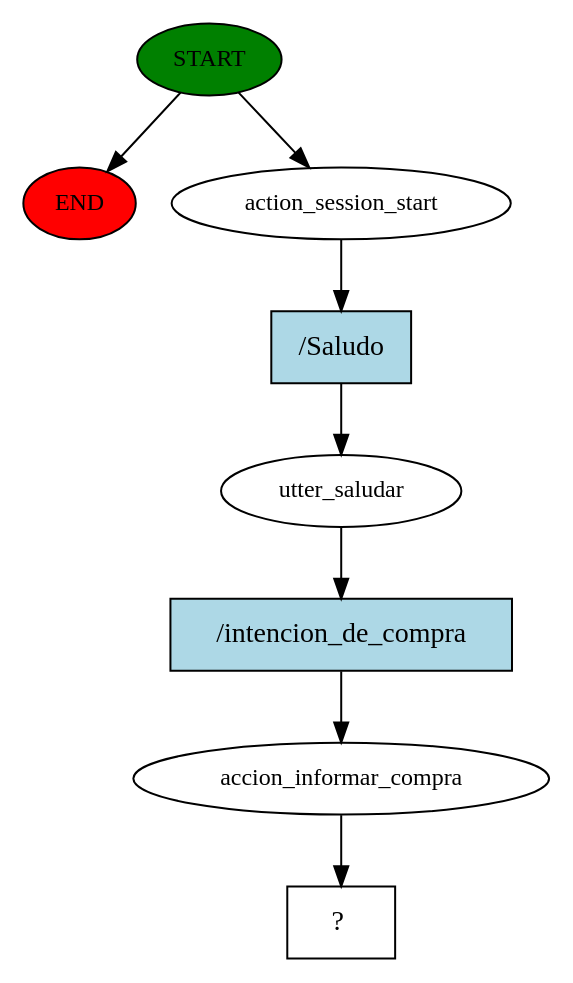
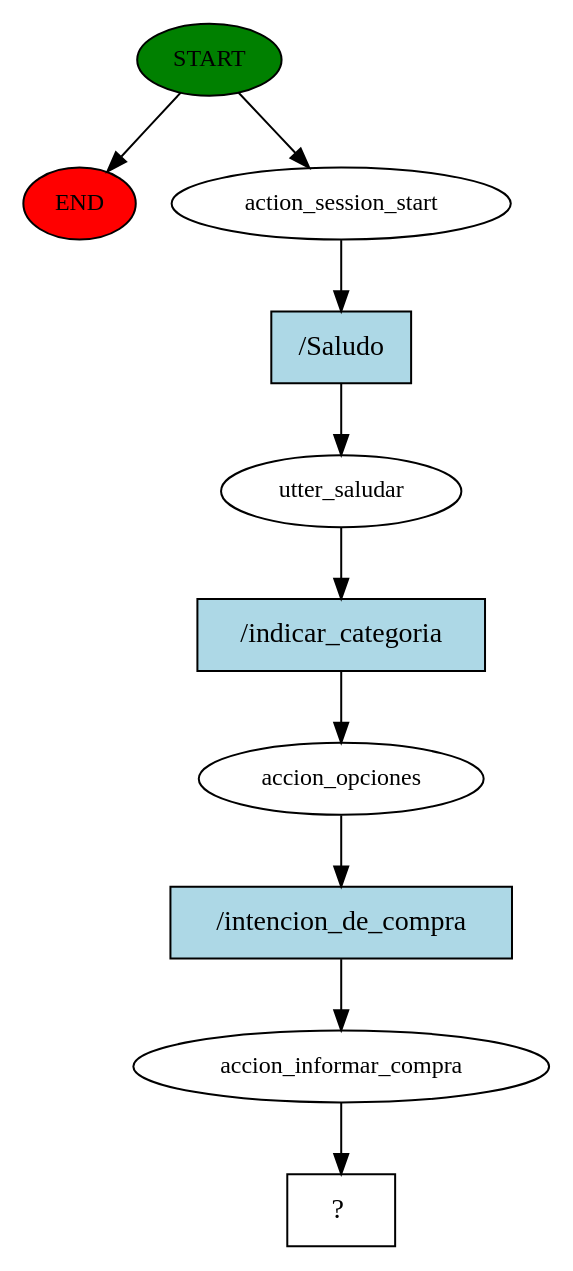
The diagram in story_graph.dot (ValentinPardo/Rasa-chatbot), drawn with Graphviz before and after one commit. The commit also changed 319 other files, not shown here.

```diff
--- a/story_graph.dot
+++ b/story_graph.dot
@@ -1,17 +1,21 @@
 digraph  {
 0 [class="start active", fillcolor=green, fontsize=12, label=START, style=filled];
 "-1" [class=end, fillcolor=red, fontsize=12, label=END, style=filled];
 1 [class=active, fontsize=12, label=action_session_start];
 2 [class=active, fontsize=12, label=utter_saludar];
-3 [class=active, fontsize=12, label=accion_informar_compra];
-4 [class="intent dashed active", label="  ?  ", shape=rect];
-5 [class="intent active", fillcolor=lightblue, label="/Saludo", shape=rect, style=filled];
-6 [class="intent active", fillcolor=lightblue, label="/intencion_de_compra", shape=rect, style=filled];
+3 [class=active, fontsize=12, label=accion_opciones];
+4 [class=active, fontsize=12, label=accion_informar_compra];
+5 [class="intent dashed active", label="  ?  ", shape=rect];
+6 [class="intent active", fillcolor=lightblue, label="/Saludo", shape=rect, style=filled];
+7 [class="intent active", fillcolor=lightblue, label="/indicar_categoria", shape=rect, style=filled];
+8 [class="intent active", fillcolor=lightblue, label="/intencion_de_compra", shape=rect, style=filled];
 0 -> "-1"  [class="", key=NONE, label=""];
 0 -> 1  [class=active, key=NONE, label=""];
-1 -> 5  [class=active, key=0];
-2 -> 6  [class=active, key=0];
-3 -> 4  [class=active, key=NONE, label=""];
-5 -> 2  [class=active, key=0];
-6 -> 3  [class=active, key=0];
+1 -> 6  [class=active, key=0];
+2 -> 7  [class=active, key=0];
+3 -> 8  [class=active, key=0];
+4 -> 5  [class=active, key=NONE, label=""];
+6 -> 2  [class=active, key=0];
+7 -> 3  [class=active, key=0];
+8 -> 4  [class=active, key=0];
 }
```
